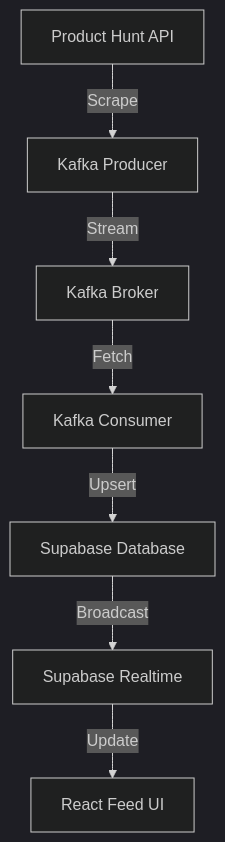
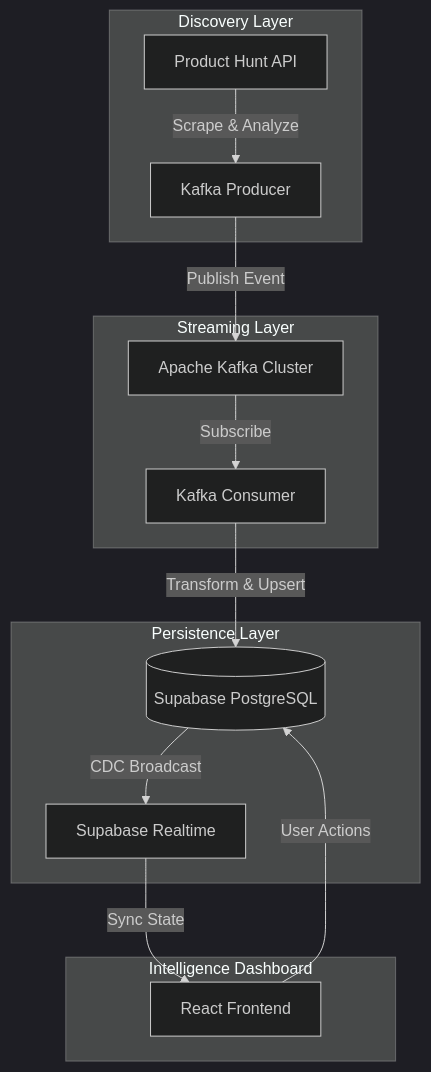
One commit to Medapatisanjana12/Live-Tech changed the diagram in README.md. Above: the diagram before and after it, drawn with Mermaid (dark theme). The commit also changed other lines of this file and 11 other files, not shown here.

````diff
--- a/README.md
+++ b/README.md
@@ -20,9 +22,21 @@
 ```mermaid
 graph TD
-    PH[Product Hunt API] --> |Scrape| PR[Kafka Producer]
-    PR --> |Stream| KB[Kafka Broker]
-    KB --> |Fetch| CS[Kafka Consumer]
-    CS --> |Upsert| SB[Supabase Database]
-    SB --> |Broadcast| RT[Supabase Realtime]
-    RT --> |Update| RF[React Feed UI]
+    subgraph "Discovery Layer"
+        PH[Product Hunt API] --> |Scrape & Analyze| PR[Kafka Producer]
+    end
+    
+    subgraph "Streaming Layer"
+        PR --> |Publish Event| KB[Apache Kafka Cluster]
+        KB --> |Subscribe| CS[Kafka Consumer]
+    end
+    
+    subgraph "Persistence Layer"
+        CS --> |Transform & Upsert| SB[(Supabase PostgreSQL)]
+        SB --> |CDC Broadcast| RT[Supabase Realtime]
+    end
+    
+    subgraph "Intelligence Dashboard"
+        RT --> |Sync State| RF[React Frontend]
+        RF --> |User Actions| SB
+    end
 ```
````
